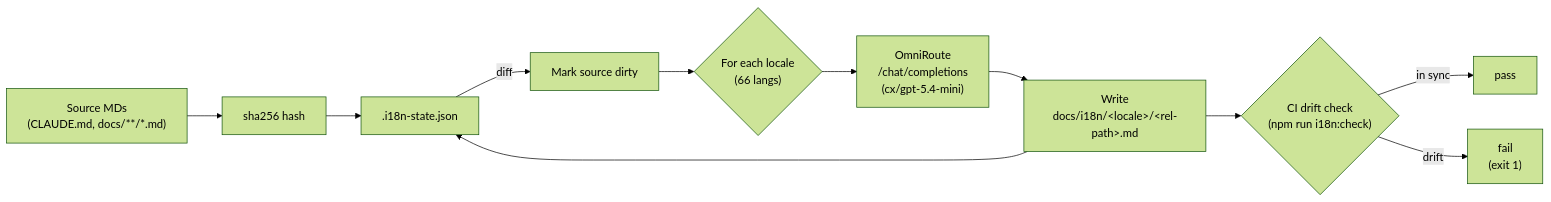
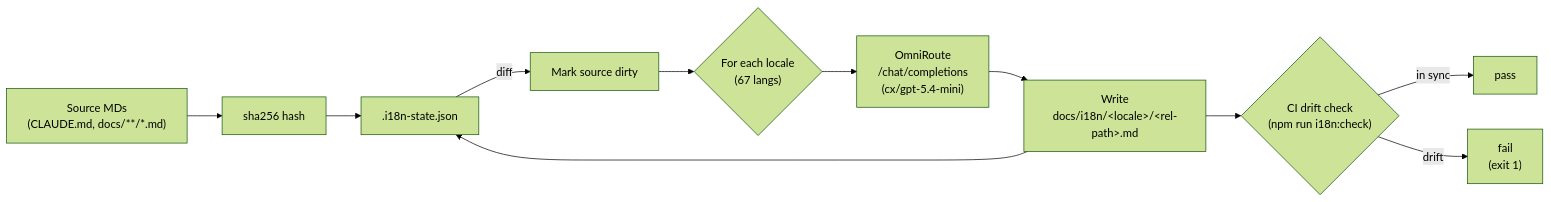
Before and after one commit to Abhijeet1520/OmniRoute: the diagram in docs/diagrams/i18n-flow.mmd, drawn with Mermaid (forest theme). The commit also changed 10119 other files, not shown here.

```diff
--- a/docs/diagrams/i18n-flow.mmd
+++ b/docs/diagrams/i18n-flow.mmd
@@ -1,14 +1,14 @@
 %% Incremental hash-based i18n pipeline
 %% Reflects: scripts/i18n/* and docs/i18n/<locale>/*.md mirror layout
 %% v3.8.0
 flowchart LR
   Src["Source MDs<br/>(CLAUDE.md, docs/**/*.md)"] --> Hash["sha256 hash"]
   Hash --> State[".i18n-state.json"]
   State -->|diff| Dirty["Mark source dirty"]
-  Dirty --> Loop{"For each locale<br/>(66 langs)"}
+  Dirty --> Loop{"For each locale<br/>(67 langs)"}
   Loop --> LLM["OmniRoute<br/>/chat/completions<br/>(cx/gpt-5.4-mini)"]
   LLM --> Target["Write<br/>docs/i18n/&lt;locale&gt;/&lt;rel-path&gt;.md"]
   Target --> State
   Target --> CI{"CI drift check<br/>(npm run i18n:check)"}
   CI -->|in sync| Pass["pass"]
   CI -->|drift| Fail["fail<br/>(exit 1)"]
```
